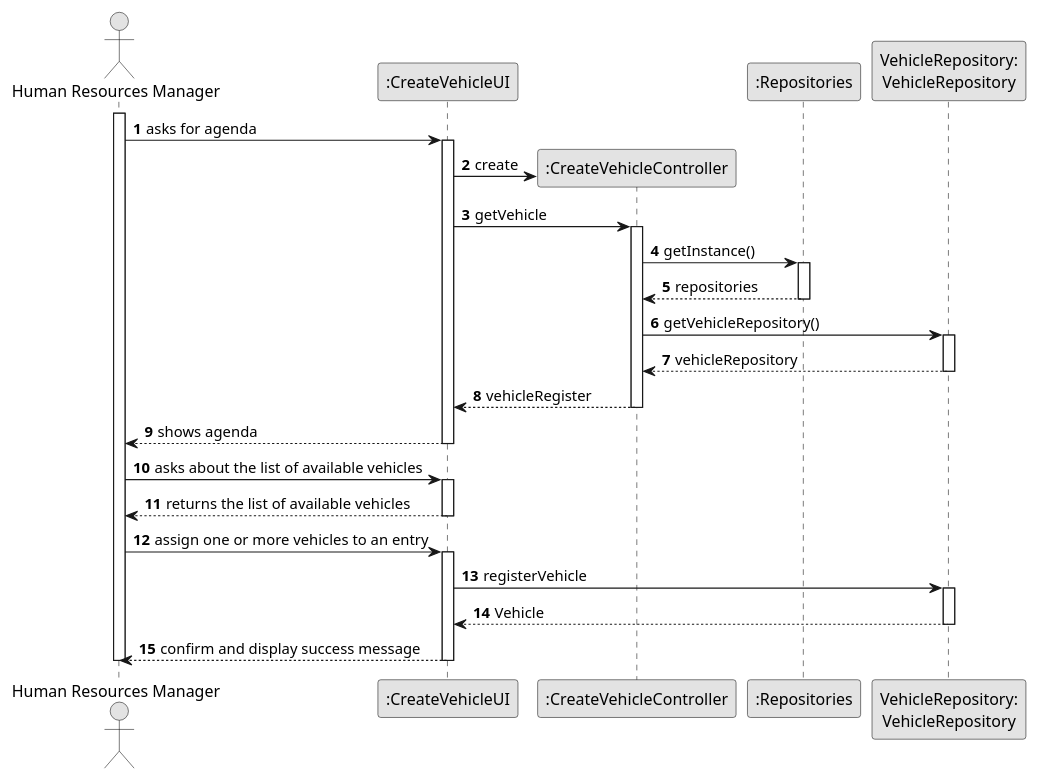
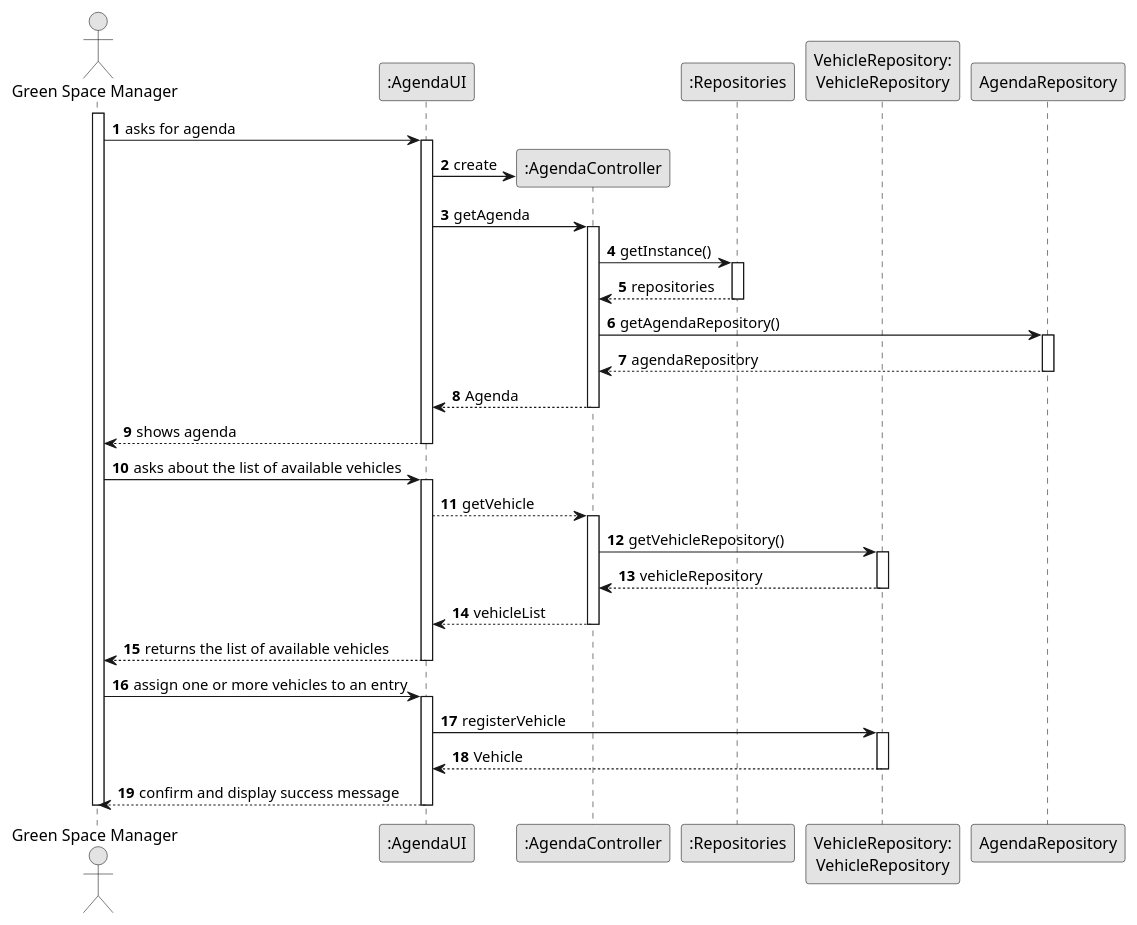
Before and after one commit to Departamento-de-Engenharia-Informatica/lei-24-s2-1dl-g121: the diagram in docs/sprintC/us026/03.design/puml/us026-sequence-diagram-full.puml, drawn with PlantUML.

Commit message:
sequence diagram us26

```diff
--- a/docs/sprintC/us026/03.design/puml/us026-sequence-diagram-full.puml
+++ b/docs/sprintC/us026/03.design/puml/us026-sequence-diagram-full.puml
@@ -1,73 +1,90 @@
 @startuml
 skinparam monochrome true
 skinparam packageStyle rectangle
 skinparam shadowing false
 
 autonumber
 
 'hide footbox
-actor "Human Resources Manager" as ADM
-participant ":CreateVehicleUI" as UI
-participant ":CreateVehicleController" as CTRL
+actor "Green Space Manager" as ADM
+participant ":AgendaUI" as UI
+participant ":AgendaController" as CTRL
 participant ":Repositories" as RepositorySingleton
 participant "VehicleRepository:\nVehicleRepository" as TaskCategoryRepository
+participant "AgendaRepository" as Agenda
 
 
 activate ADM
 
         ADM -> UI : asks for agenda
 
         activate UI
 
 '            UI --> ADM : requests data (reference, description,  informal \n description, technical description, duration, cost)
             'create CTRL
             UI -> CTRL** : create
 
-            UI -> CTRL : getVehicle
+            UI -> CTRL : getAgenda
             activate CTRL
 
                 CTRL -> RepositorySingleton : getInstance()
                 activate RepositorySingleton
 
                     RepositorySingleton --> CTRL: repositories
                 deactivate RepositorySingleton
 
-                CTRL -> TaskCategoryRepository : getVehicleRepository()
-                activate TaskCategoryRepository
+                CTRL -> Agenda : getAgendaRepository()
+                activate Agenda
 
-                    TaskCategoryRepository --> CTRL: vehicleRepository
-                deactivate TaskCategoryRepository
+                    Agenda --> CTRL: agendaRepository
+                deactivate Agenda
 
 
 
-                CTRL --> UI : vehicleRegister
+                CTRL --> UI : Agenda
             deactivate CTRL
 
             UI --> ADM : shows agenda
         deactivate UI
 
     ADM -> UI : asks about the list of available vehicles
     activate UI
+
+        UI --> CTRL : getVehicle
+
+    activate CTRL
+
+
+                    CTRL -> TaskCategoryRepository : getVehicleRepository()
+                    activate TaskCategoryRepository
+
+                        TaskCategoryRepository --> CTRL: vehicleRepository
+                    deactivate TaskCategoryRepository
+
+
+
+                    CTRL --> UI : vehicleList
+                deactivate CTRL
 
         UI --> ADM : returns the list of available vehicles
     deactivate UI
 
     ADM -> UI : assign one or more vehicles to an entry
     activate UI
 
     UI -> TaskCategoryRepository : registerVehicle
 
         activate TaskCategoryRepository
 
         TaskCategoryRepository --> UI : Vehicle
 
 
         deactivate  TaskCategoryRepository
 
             deactivate CTRL
             UI --> ADM:  confirm and display success message
     deactivate UI
 
 deactivate ADM
 
 @enduml
```
